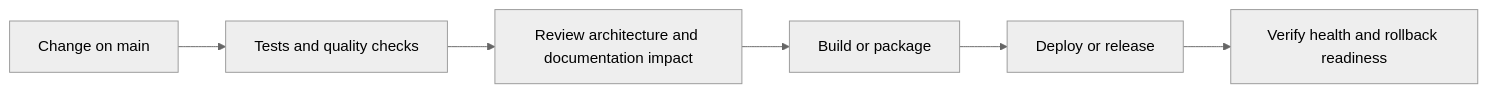
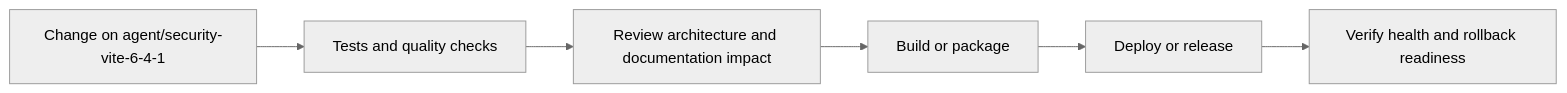
The fourth of 5 diagrams in README.md (Nischhalsubba/sidebar-showcase), drawn with Mermaid (neutral theme) before and after one commit. The commit also changed other lines of this file, not shown here.

````diff
--- a/README.md
+++ b/README.md
@@ -152,8 +152,8 @@
 ```mermaid
 flowchart LR
-    CHANGE["Change on main"] --> CHECK["Tests and quality checks"]
+    CHANGE["Change on agent/security-vite-6-4-1"] --> CHECK["Tests and quality checks"]
     CHECK --> REVIEW["Review architecture and documentation impact"]
     REVIEW --> BUILD["Build or package"]
     BUILD --> DEPLOY["Deploy or release"]
     DEPLOY --> VERIFY["Verify health and rollback readiness"]
 ```
````
